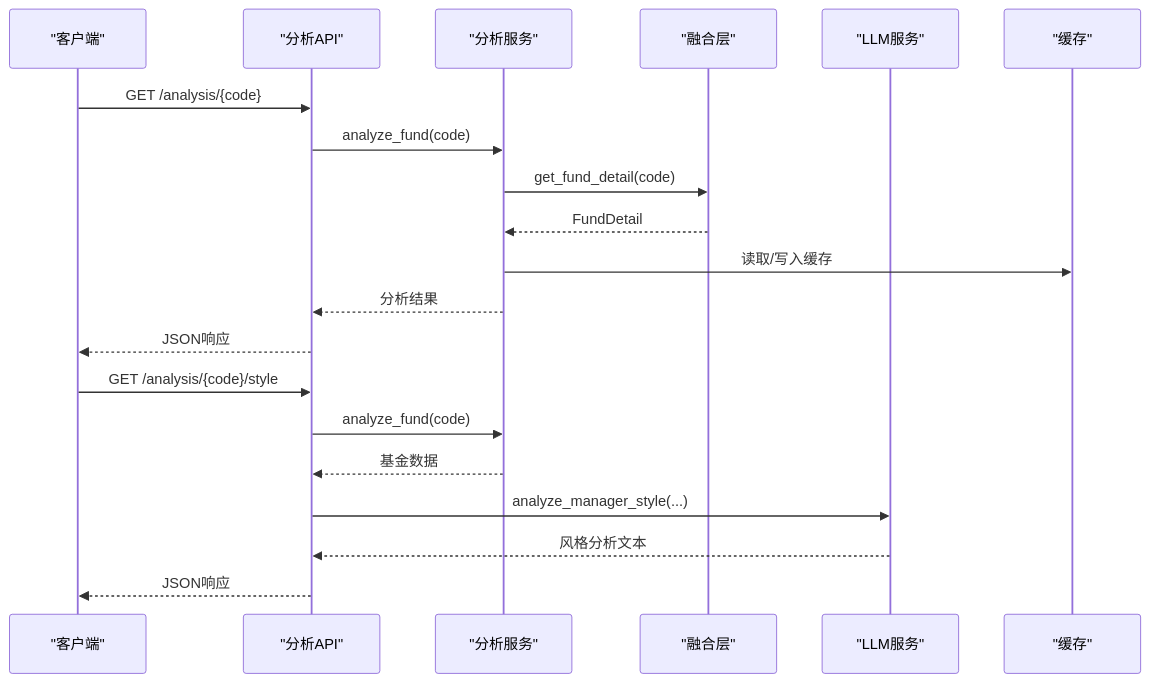
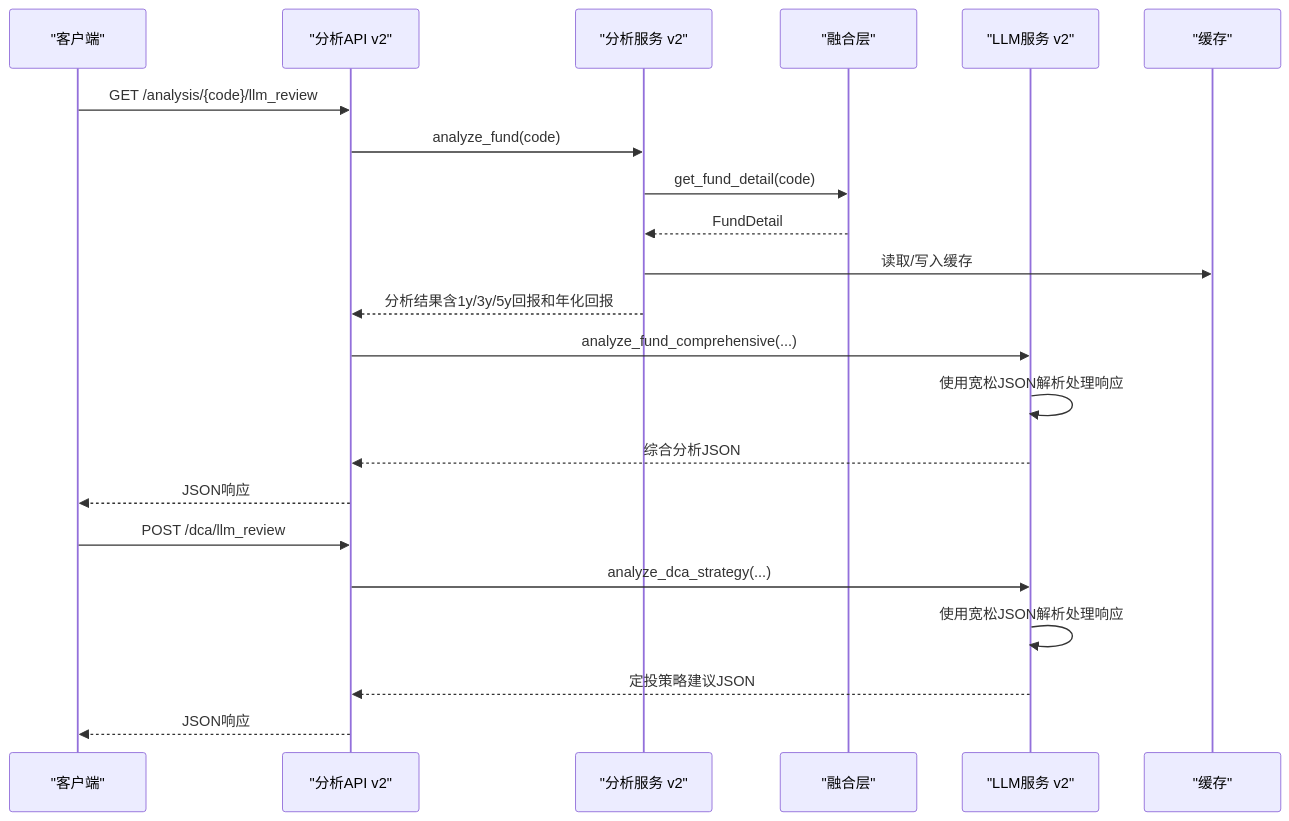
The second of 10 diagrams in .qoder/repowiki/zh/content/核心功能模块/AI分析服务.md (youkell85/FundTrader), drawn with Mermaid before and after one commit. The commit also changed other lines of this file and 11 other files, not shown here.

````diff
--- a/.qoder/repowiki/zh/content/核心功能模块/AI分析服务.md
+++ b/.qoder/repowiki/zh/content/核心功能模块/AI分析服务.md
@@ -117,22 +146,24 @@
 ```mermaid
 sequenceDiagram
 participant C as "客户端"
-participant API as "分析API"
-participant SVC as "分析服务"
+participant API as "分析API v2"
+participant SVC as "分析服务 v2"
 participant FUS as "融合层"
-participant LLM as "LLM服务"
+participant LLM as "LLM服务 v2"
 participant CA as "缓存"
-C->>API : GET /analysis/{code}
+C->>API : GET /analysis/{code}/llm_review
 API->>SVC : analyze_fund(code)
 SVC->>FUS : get_fund_detail(code)
 FUS-->>SVC : FundDetail
 SVC->>CA : 读取/写入缓存
-SVC-->>API : 分析结果
+SVC-->>API : 分析结果含1y/3y/5y回报和年化回报
+API->>LLM : analyze_fund_comprehensive(...)
+LLM->>LLM : 使用宽松JSON解析处理响应
+LLM-->>API : 综合分析JSON
 API-->>C : JSON响应
-C->>API : GET /analysis/{code}/style
-API->>SVC : analyze_fund(code)
-SVC-->>API : 基金数据
-API->>LLM : analyze_manager_style(...)
-LLM-->>API : 风格分析文本
+C->>API : POST /dca/llm_review
+API->>LLM : analyze_dca_strategy(...)
+LLM->>LLM : 使用宽松JSON解析处理响应
+LLM-->>API : 定投策略建议JSON
 API-->>C : JSON响应
 ```
````
